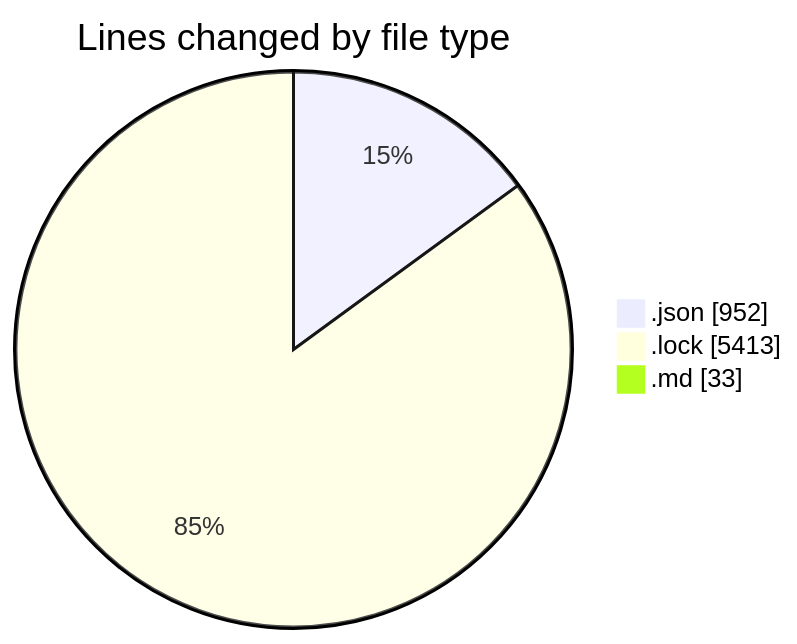
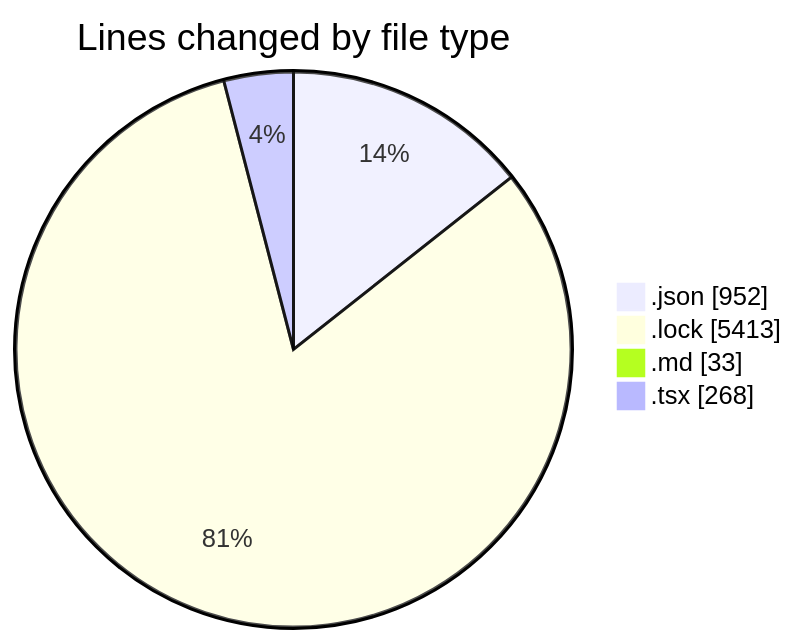
One commit to EIIisD/code-tracking changed the first of 2 diagrams in 2025-08-11/ribbon/README.md. Above: the diagram before and after it, drawn with Mermaid. The commit also changed other lines of this file and 1 other file, not shown here.

````diff
--- a/2025-08-11/ribbon/README.md
+++ b/2025-08-11/ribbon/README.md
@@ -23,7 +28,8 @@
 ```mermaid
 pie showData
 title Lines changed by file type
 ".json" : 952
 ".lock" : 5413
 ".md" : 33
+".tsx" : 268
 ```
````
